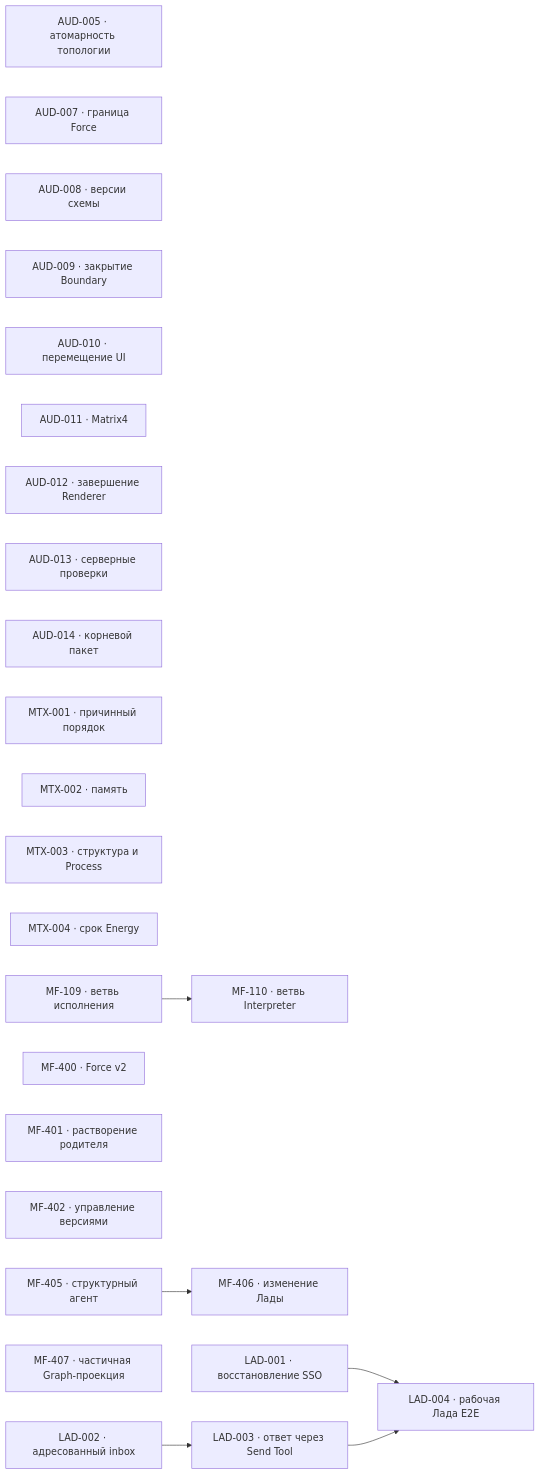
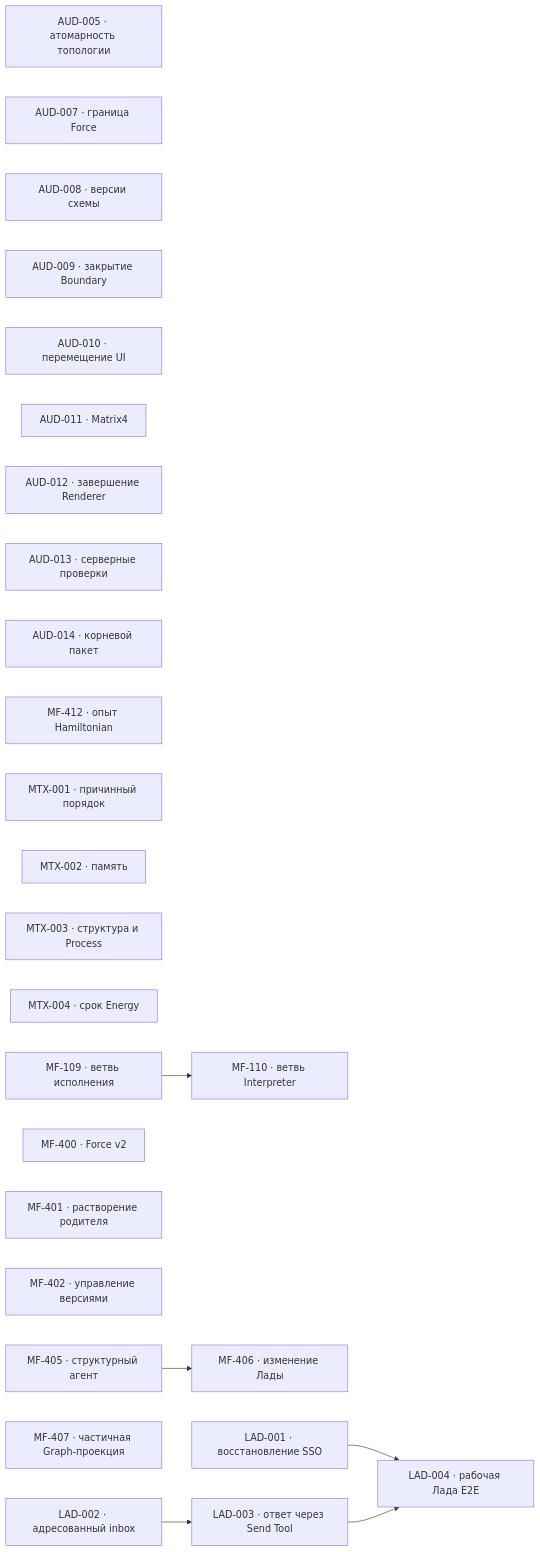
Before and after one commit to zavx0z/metafor: the diagram in project/TODO.md, drawn with Mermaid. The commit also changed other lines of this file and 84 other files, not shown here.

````diff
--- a/project/TODO.md
+++ b/project/TODO.md
@@ -13,33 +13,34 @@
 ```mermaid
 flowchart LR
     AUD005["AUD-005 · атомарность топологии"]
     AUD007["AUD-007 · граница Force"]
     AUD008["AUD-008 · версии схемы"]
     AUD009["AUD-009 · закрытие Boundary"]
     AUD010["AUD-010 · перемещение UI"]
     AUD011["AUD-011 · Matrix4"]
     AUD012["AUD-012 · завершение Renderer"]
     AUD013["AUD-013 · серверные проверки"]
     AUD014["AUD-014 · корневой пакет"]
+    MF412["MF-412 · опыт Hamiltonian"]
     MTX001["MTX-001 · причинный порядок"]
     MTX002["MTX-002 · память"]
     MTX003["MTX-003 · структура и Process"]
     MTX004["MTX-004 · срок Energy"]
     MF109["MF-109 · ветвь исполнения"]
     MF110["MF-110 · ветвь Interpreter"]
     MF400["MF-400 · Force v2"]
     MF401["MF-401 · растворение родителя"]
     MF402["MF-402 · управление версиями"]
     MF405["MF-405 · структурный агент"]
     MF406["MF-406 · изменение Лады"]
     MF407["MF-407 · частичная Graph-проекция"]
     LAD001["LAD-001 · восстановление SSO"]
     LAD002["LAD-002 · адресованный inbox"]
     LAD003["LAD-003 · ответ через Send Tool"]
     LAD004["LAD-004 · рабочая Лада E2E"]
     MF109 --> MF110
     MF405 --> MF406
     LAD002 --> LAD003
     LAD001 --> LAD004
     LAD003 --> LAD004
 ```
````
